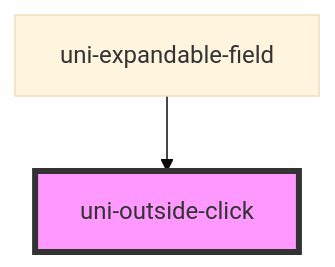
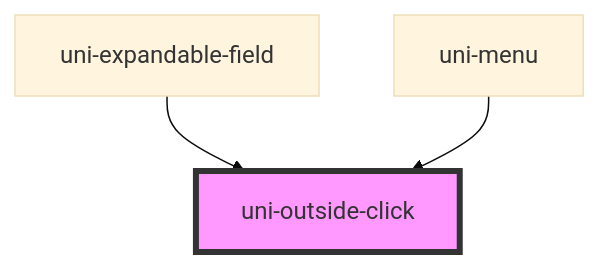
The diagram in core/src/components/util/uni-outside-click/readme.md (unicefnz/unicorn), drawn with Mermaid (base theme) before and after one commit. The commit also changed other lines of this file and 9 other files, not shown here.

````diff
--- a/core/src/components/util/uni-outside-click/readme.md
+++ b/core/src/components/util/uni-outside-click/readme.md
@@ -29,5 +30,6 @@
 ```mermaid
 graph TD;
   uni-expandable-field --> uni-outside-click
+  uni-menu --> uni-outside-click
   style uni-outside-click fill:#f9f,stroke:#333,stroke-width:4px
 ```
````
